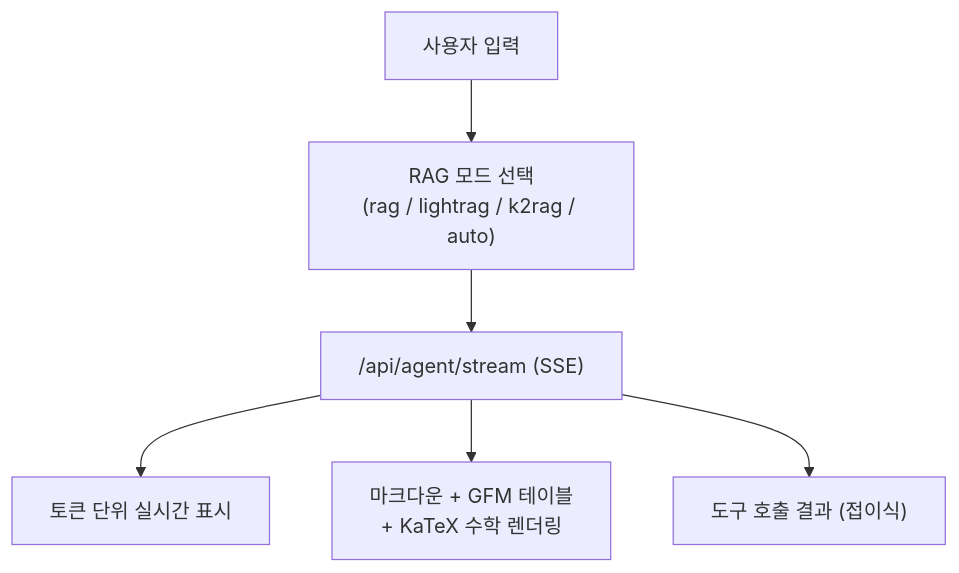
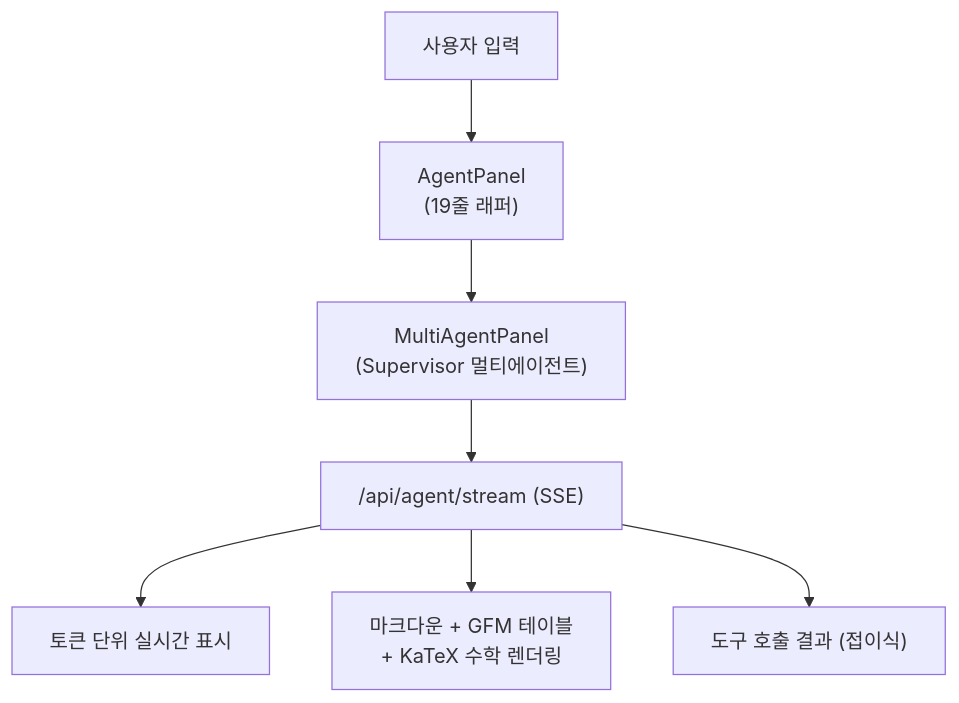
One commit to ASNGG/cafe24-demo changed the third of 15 diagrams in nextjs/README.md. Above: the diagram before and after it, drawn with Mermaid. The commit also changed other lines of this file and 43 other files, not shown here.

````diff
--- a/nextjs/README.md
+++ b/nextjs/README.md
@@ -247,11 +247,12 @@
 ```mermaid
 flowchart TB
     Q["사용자 입력"]
-    Mode["RAG 모드 선택<br/>(rag / lightrag / k2rag / auto)"]
+    AP["AgentPanel<br/>(19줄 래퍼)"]
+    SP["MultiAgentPanel<br/>(Supervisor 멀티에이전트)"]
     SSE["/api/agent/stream (SSE)"]
     R1["토큰 단위 실시간 표시"]
     R2["마크다운 + GFM 테이블<br/>+ KaTeX 수학 렌더링"]
     R3["도구 호출 결과 (접이식)"]
 
-    Q --> Mode --> SSE --> R1 & R2 & R3
+    Q --> AP --> SP --> SSE --> R1 & R2 & R3
 ```
````
